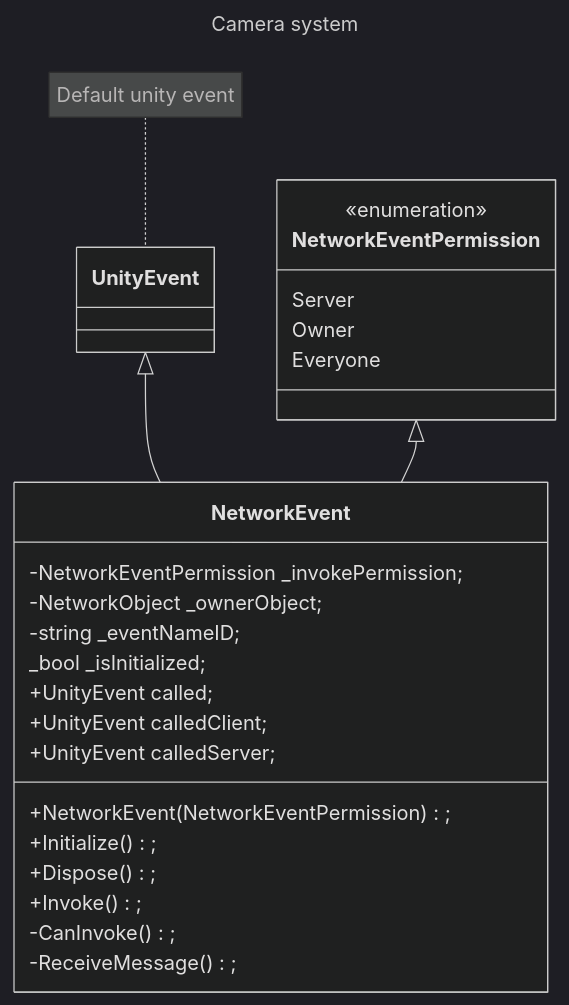
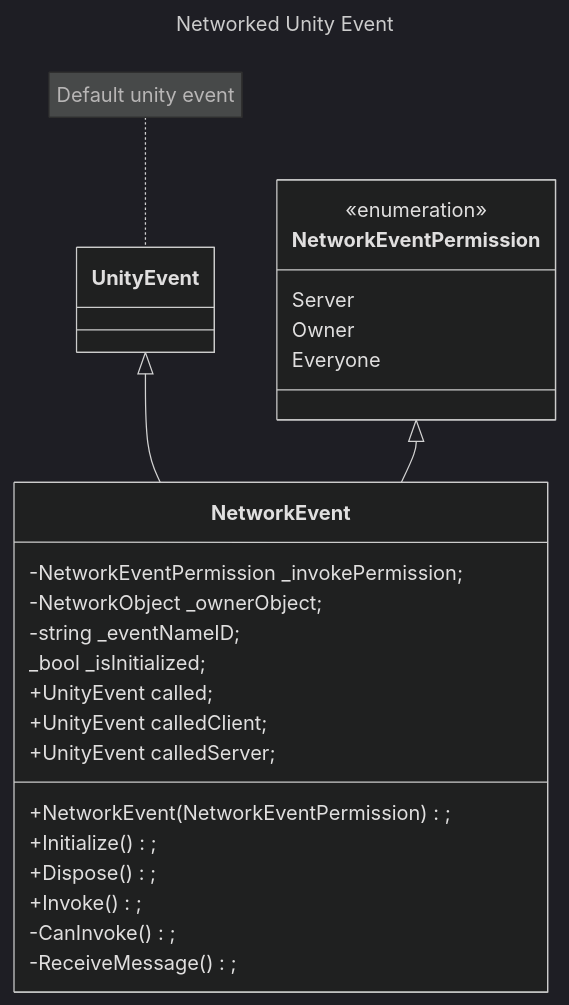
The second of 3 diagrams in README.md (Calvin-Davidson/Examen), drawn with Mermaid (dark theme) before and after one commit. The commit also changed other lines of this file, not shown here.

````diff
--- a/README.md
+++ b/README.md
@@ -159,37 +173,37 @@
 ```mermaid
 ---
-title: Camera system
+title: Networked Unity Event
 ---
 classDiagram
     note for UnityEvent "Default unity event"
     UnityEvent <|-- NetworkEvent
     NetworkEventPermission <|-- NetworkEvent
     class NetworkEvent{
         -NetworkEventPermission _invokePermission;
         -NetworkObject _ownerObject;
         -string _eventNameID;
 
         _bool _isInitialized;
 
         +UnityEvent called;
         +UnityEvent calledClient;
         +UnityEvent calledServer;
 
         +NetworkEvent(NetworkEventPermission);
         +Initialize();
         +Dispose();
         +Invoke();
         -CanInvoke();
         -ReceiveMessage();
     }
     class UnityEvent {
 
     }
 
     class NetworkEventPermission{
     <<enumeration>>
     Server
     Owner
     Everyone
 }
 ```
````
